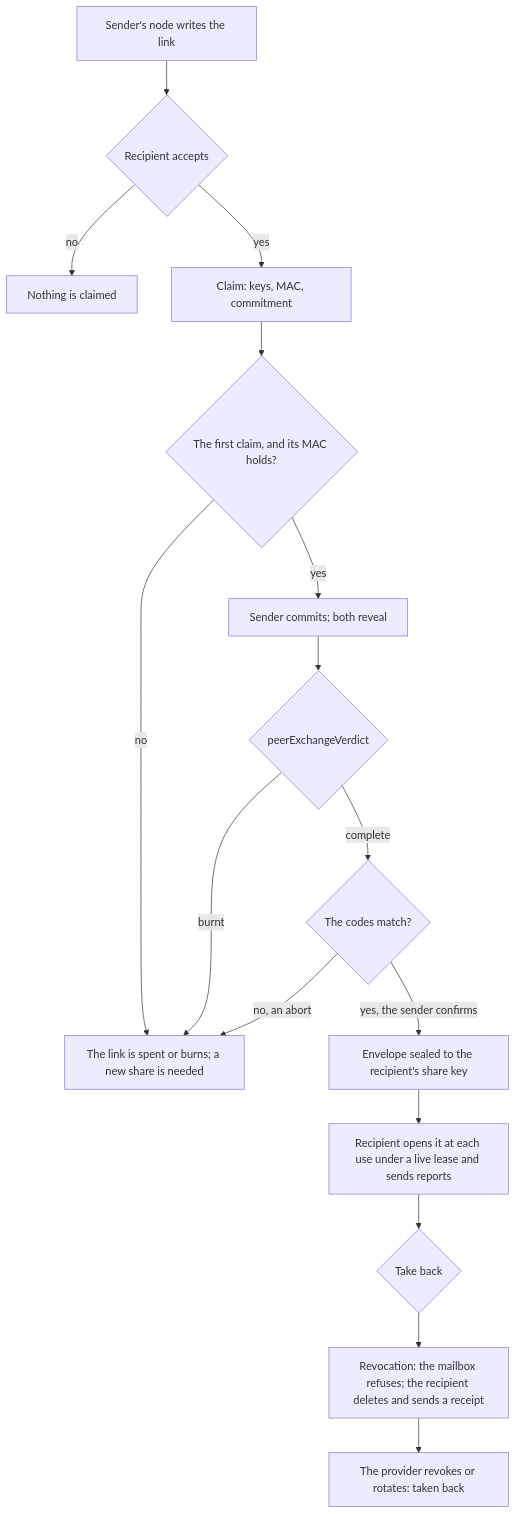
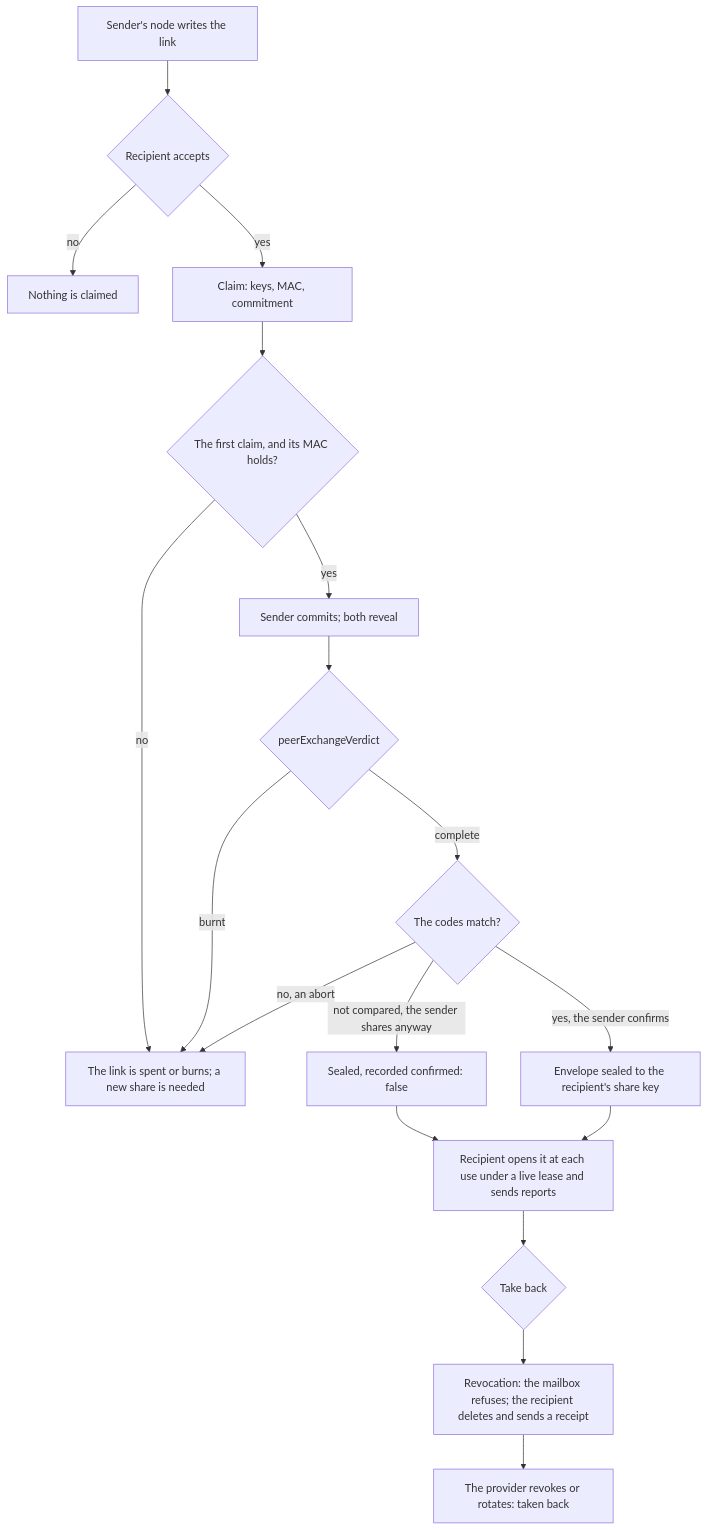
One commit to passioncode-ai/fabric-agent-contract changed diagram 33 of 34 in docs/ux/flows.md. Above: the diagram before and after it, drawn with Mermaid. The commit also changed other lines of this file and 14 other files, not shown here.

````diff
--- a/docs/ux/flows.md
+++ b/docs/ux/flows.md
@@ -833,18 +833,20 @@
 ```mermaid
 flowchart TD
   L[Sender's node writes the link] --> A{Recipient accepts}
   A -->|no| N[Nothing is claimed]
   A -->|yes| C[Claim: keys, MAC, commitment]
   C --> M{The first claim, and its MAC holds?}
   M -->|no| B[The link is spent or burns; a new share is needed]
   M -->|yes| K[Sender commits; both reveal]
   K --> V{peerExchangeVerdict}
   V -->|burnt| B
   V -->|complete| S{The codes match?}
   S -->|no, an abort| B
   S -->|yes, the sender confirms| E[Envelope sealed to the recipient's share key]
+  S -->|not compared, the sender shares anyway| F[Sealed, recorded confirmed: false]
+  F --> U
   E --> U[Recipient opens it at each use under a live lease and sends reports]
   U --> T{Take back}
   T --> R[Revocation: the mailbox refuses; the recipient deletes and sends a receipt]
   R --> P[The provider revokes or rotates: taken back]
 ```
````
